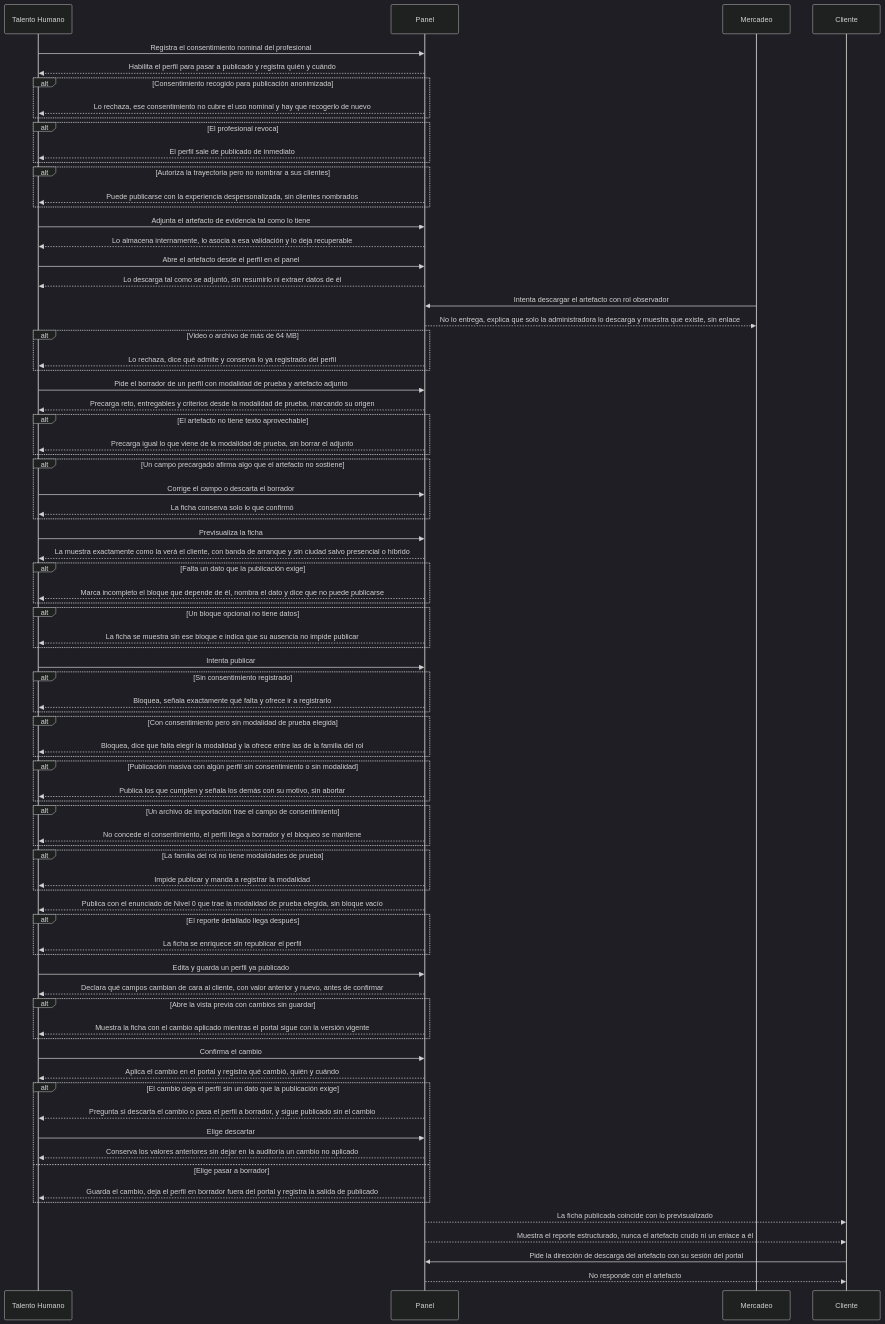
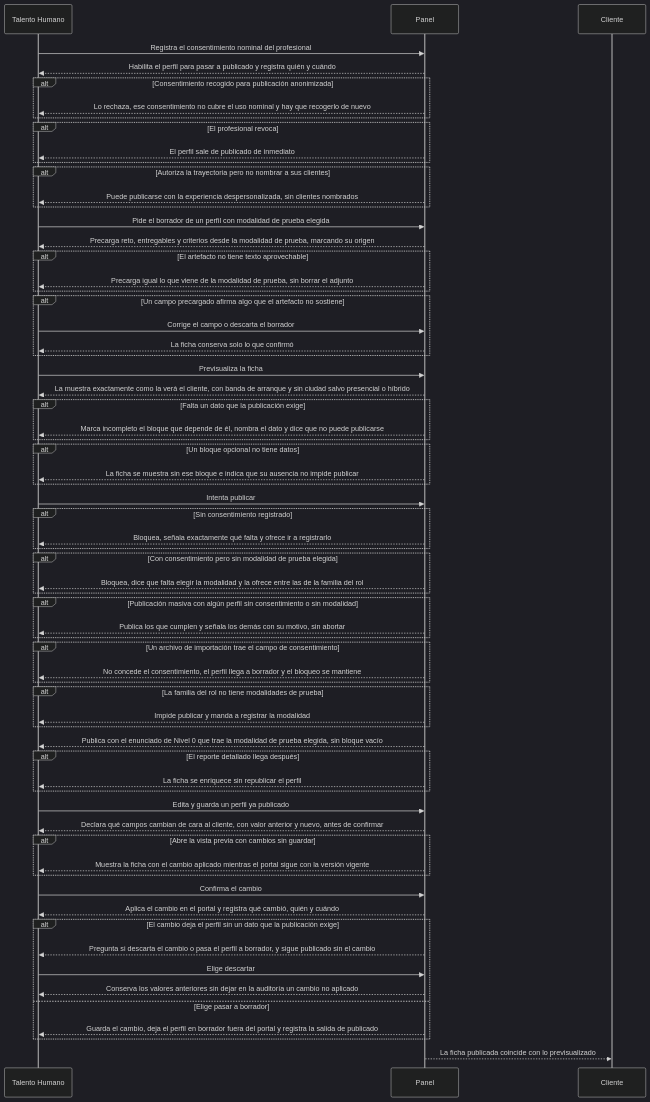
Before and after one commit to JesusSeguraCO/ps-app-neural: the second of 3 diagrams in docs/06-flows/EP-006-administracion-del-inventario.md, drawn with Mermaid (dark theme). The commit also changed other lines of this file and 13 other files, not shown here.

First line of the commit message:
docs(ep-006): HU-131 diferida a v2 por decisión del sponsor (D29)

````diff
--- a/docs/06-flows/EP-006-administracion-del-inventario.md
+++ b/docs/06-flows/EP-006-administracion-del-inventario.md
@@ -181,7 +181,6 @@
 sequenceDiagram
   participant TH as Talento Humano
   participant P as Panel
-  participant M as Mercadeo
   participant C as Cliente
 
   %% HU-127
@@ -207,29 +206,10 @@
     P-->>TH: Puede publicarse con la experiencia despersonalizada, sin clientes nombrados
   end
 
-  %% HU-131
-  TH->>P: Adjunta el artefacto de evidencia tal como lo tiene
-  %% HU-131
-  P-->>TH: Lo almacena internamente, lo asocia a esa validación y lo deja recuperable
-
-  %% HU-131
-  TH->>P: Abre el artefacto desde el perfil en el panel
-  %% HU-131
-  P-->>TH: Lo descarga tal como se adjuntó, sin resumirlo ni extraer datos de él
-
-  %% HU-131
-  M->>P: Intenta descargar el artefacto con rol observador
-  %% HU-131
-  P-->>M: No lo entrega, explica que solo la administradora lo descarga y muestra que existe, sin enlace
-
-  %% HU-131
-  alt Video o archivo de más de 64 MB
-    %% HU-131
-    P-->>TH: Lo rechaza, dice qué admite y conserva lo ya registrado del perfil
-  end
+  %% D29 (sponsor, 2026-10-01): adjuntar el artefacto se difiere a v2; sus arcos de adjuntar, descargar, observador y formato se retiran de esta versión
 
   %% HU-140
-  TH->>P: Pide el borrador de un perfil con modalidad de prueba y artefacto adjunto
+  TH->>P: Pide el borrador de un perfil con modalidad de prueba elegida
   %% HU-140
   P-->>TH: Precarga reto, entregables y criterios desde la modalidad de prueba, marcando su origen
 
@@ -336,10 +316,5 @@
 
   %% HU-129
   P-->>C: La ficha publicada coincide con lo previsualizado
-  %% HU-131
-  P-->>C: Muestra el reporte estructurado, nunca el artefacto crudo ni un enlace a él
-  %% HU-131
-  C->>P: Pide la dirección de descarga del artefacto con su sesión del portal
-  %% HU-131
-  P-->>C: No responde con el artefacto
+  %% D29: adjuntar el artefacto se difiere a v2; el arco «el artefacto nunca se publica» se retira con ella; sin artefacto guardado no hay nada que exponer
 ```
````
